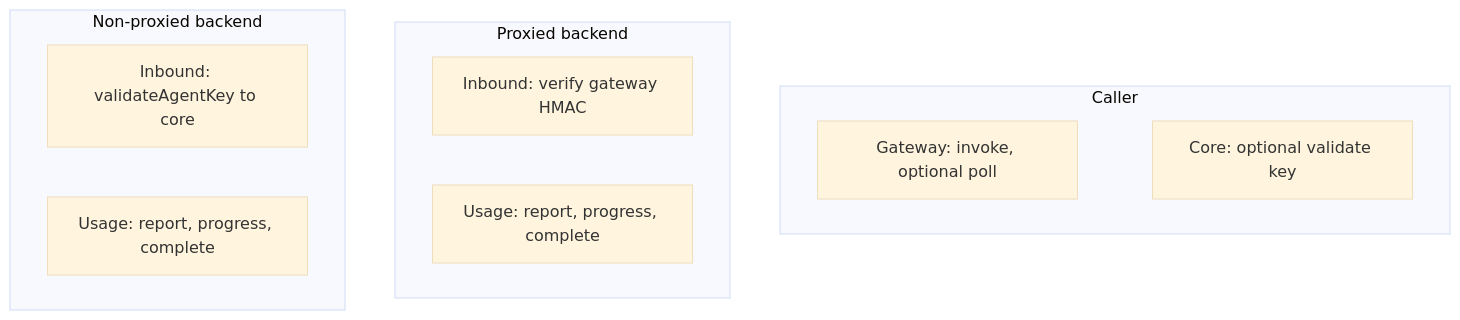
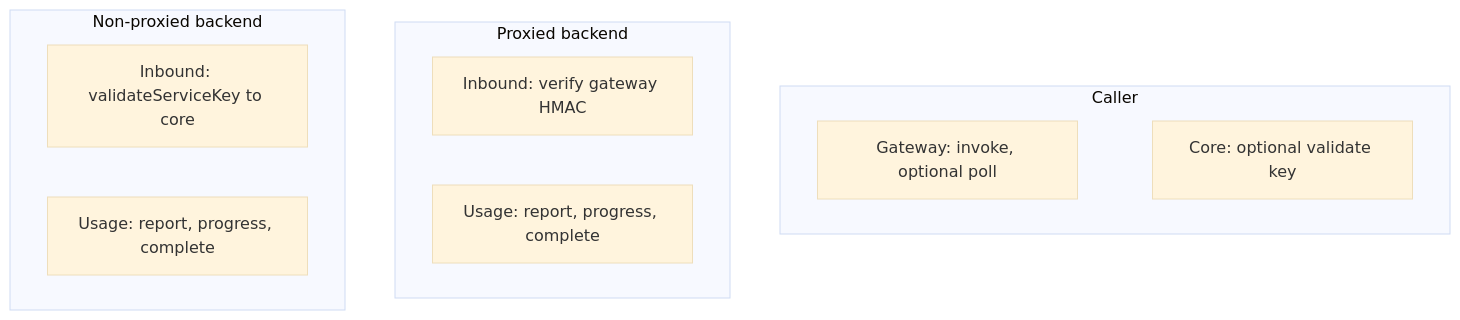
One commit to tollara/tollara-sdk changed the eighth of 8 diagrams in docs/sdk-callers-and-backends.md. Above: the diagram before and after it, drawn with Mermaid (base theme). The commit also changed other lines of this file and 97 other files, not shown here.

Commit message:
Terminology update for AgentVend Service SDK

````diff
--- a/docs/sdk-callers-and-backends.md
+++ b/docs/sdk-callers-and-backends.md
@@ -220,19 +220,19 @@
 ```mermaid
 flowchart TB
   subgraph Caller["Caller"]
     C_GW[Gateway: invoke, optional poll]
     C_CORE[Core: optional validate key]
   end
 
   subgraph Proxied["Proxied backend"]
     P_IN[Inbound: verify gateway HMAC]
     P_US[Usage: report, progress, complete]
   end
 
   subgraph NonProxied["Non-proxied backend"]
-    N_IN[Inbound: validateAgentKey to core]
+    N_IN[Inbound: validateServiceKey to core]
     N_US[Usage: report, progress, complete]
   end
 
   C_GW ~~~ C_CORE
 ```
````
